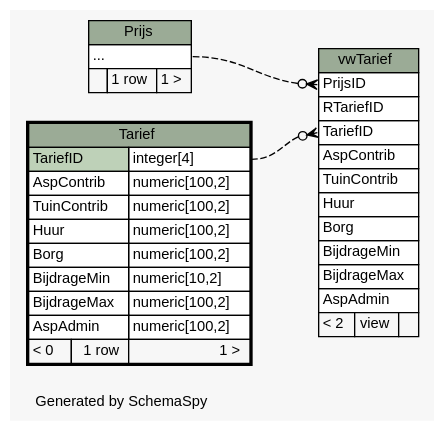
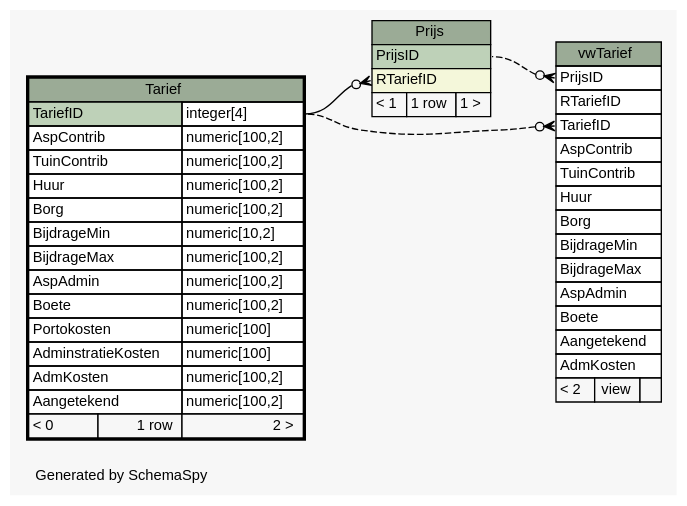
The diagram in db-schema-docs/diagrams/Tarief.implied2degrees.dot (slspeek/ona-volkstuin), drawn with Graphviz before and after one commit. The commit also changed 239 other files, not shown here.

Commit message:
Schema geupdate

```diff
--- a/db-schema-docs/diagrams/Tarief.implied2degrees.dot
+++ b/db-schema-docs/diagrams/Tarief.implied2degrees.dot
@@ -1,70 +1,80 @@
 // dot 2.40.1 on Linux 4.19.0-6-amd64
 // SchemaSpy rev 590
 digraph "impliedTwoDegreesRelationshipsDiagram" {
   graph [
     rankdir="RL"
     bgcolor="#f7f7f7"
     label="\nGenerated by SchemaSpy"
     labeljust="l"
     nodesep="0.18"
     ranksep="0.46"
     fontname="Helvetica"
     fontsize="11"
   ];
   node [
     fontname="Helvetica"
     fontsize="11"
     shape="plaintext"
   ];
   edge [
     arrowsize="0.8"
   ];
-  "vwTarief":"PrijsID":w -> "Prijs":"elipses":e [arrowhead=none dir=back arrowtail=crowodot style=dashed];
+  "Prijs":"RTariefID":w -> "Tarief":"TariefID.type":e [arrowhead=none dir=back arrowtail=crowodot];
+  "vwTarief":"PrijsID":w -> "Prijs":"PrijsID":e [arrowhead=none dir=back arrowtail=crowodot style=dashed];
   "vwTarief":"TariefID":w -> "Tarief":"TariefID.type":e [arrowhead=none dir=back arrowtail=crowodot style=dashed];
   "Prijs" [
     label=<
     <TABLE BORDER="0" CELLBORDER="1" CELLSPACING="0" BGCOLOR="#ffffff">
       <TR><TD COLSPAN="3" BGCOLOR="#9bab96" ALIGN="CENTER">Prijs</TD></TR>
-      <TR><TD PORT="elipses" COLSPAN="3" ALIGN="LEFT">...</TD></TR>
-      <TR><TD ALIGN="LEFT" BGCOLOR="#f7f7f7">  </TD><TD ALIGN="RIGHT" BGCOLOR="#f7f7f7">1 row</TD><TD ALIGN="RIGHT" BGCOLOR="#f7f7f7">1 &gt;</TD></TR>
+      <TR><TD PORT="PrijsID" COLSPAN="3" BGCOLOR="#bed1b8" ALIGN="LEFT">PrijsID</TD></TR>
+      <TR><TD PORT="RTariefID" COLSPAN="3" BGCOLOR="#f4f7da" ALIGN="LEFT">RTariefID</TD></TR>
+      <TR><TD ALIGN="LEFT" BGCOLOR="#f7f7f7">&lt; 1</TD><TD ALIGN="RIGHT" BGCOLOR="#f7f7f7">1 row</TD><TD ALIGN="RIGHT" BGCOLOR="#f7f7f7">1 &gt;</TD></TR>
     </TABLE>>
     URL="Prijs.html"
     tooltip="Prijs"
   ];
   "Tarief" [
     label=<
     <TABLE BORDER="2" CELLBORDER="1" CELLSPACING="0" BGCOLOR="#ffffff">
       <TR><TD COLSPAN="3" BGCOLOR="#9bab96" ALIGN="CENTER">Tarief</TD></TR>
       <TR><TD PORT="TariefID" COLSPAN="2" BGCOLOR="#bed1b8" ALIGN="LEFT">TariefID</TD><TD PORT="TariefID.type" ALIGN="LEFT">integer[4]</TD></TR>
       <TR><TD PORT="AspContrib" COLSPAN="2" ALIGN="LEFT">AspContrib</TD><TD PORT="AspContrib.type" ALIGN="LEFT">numeric[100,2]</TD></TR>
       <TR><TD PORT="TuinContrib" COLSPAN="2" ALIGN="LEFT">TuinContrib</TD><TD PORT="TuinContrib.type" ALIGN="LEFT">numeric[100,2]</TD></TR>
       <TR><TD PORT="Huur" COLSPAN="2" ALIGN="LEFT">Huur</TD><TD PORT="Huur.type" ALIGN="LEFT">numeric[100,2]</TD></TR>
       <TR><TD PORT="Borg" COLSPAN="2" ALIGN="LEFT">Borg</TD><TD PORT="Borg.type" ALIGN="LEFT">numeric[100,2]</TD></TR>
       <TR><TD PORT="BijdrageMin" COLSPAN="2" ALIGN="LEFT">BijdrageMin</TD><TD PORT="BijdrageMin.type" ALIGN="LEFT">numeric[10,2]</TD></TR>
       <TR><TD PORT="BijdrageMax" COLSPAN="2" ALIGN="LEFT">BijdrageMax</TD><TD PORT="BijdrageMax.type" ALIGN="LEFT">numeric[100,2]</TD></TR>
       <TR><TD PORT="AspAdmin" COLSPAN="2" ALIGN="LEFT">AspAdmin</TD><TD PORT="AspAdmin.type" ALIGN="LEFT">numeric[100,2]</TD></TR>
-      <TR><TD ALIGN="LEFT" BGCOLOR="#f7f7f7">&lt; 0</TD><TD ALIGN="RIGHT" BGCOLOR="#f7f7f7">1 row</TD><TD ALIGN="RIGHT" BGCOLOR="#f7f7f7">1 &gt;</TD></TR>
+      <TR><TD PORT="Boete" COLSPAN="2" ALIGN="LEFT">Boete</TD><TD PORT="Boete.type" ALIGN="LEFT">numeric[100,2]</TD></TR>
+      <TR><TD PORT="Portokosten" COLSPAN="2" ALIGN="LEFT">Portokosten</TD><TD PORT="Portokosten.type" ALIGN="LEFT">numeric[100]</TD></TR>
+      <TR><TD PORT="AdminstratieKosten" COLSPAN="2" ALIGN="LEFT">AdminstratieKosten</TD><TD PORT="AdminstratieKosten.type" ALIGN="LEFT">numeric[100]</TD></TR>
+      <TR><TD PORT="AdmKosten" COLSPAN="2" ALIGN="LEFT">AdmKosten</TD><TD PORT="AdmKosten.type" ALIGN="LEFT">numeric[100,2]</TD></TR>
+      <TR><TD PORT="Aangetekend" COLSPAN="2" ALIGN="LEFT">Aangetekend</TD><TD PORT="Aangetekend.type" ALIGN="LEFT">numeric[100,2]</TD></TR>
+      <TR><TD ALIGN="LEFT" BGCOLOR="#f7f7f7">&lt; 0</TD><TD ALIGN="RIGHT" BGCOLOR="#f7f7f7">1 row</TD><TD ALIGN="RIGHT" BGCOLOR="#f7f7f7">2 &gt;</TD></TR>
     </TABLE>>
     URL="Tarief.html"
     tooltip="Tarief"
   ];
   "vwTarief" [
     label=<
     <TABLE BORDER="0" CELLBORDER="1" CELLSPACING="0" BGCOLOR="#ffffff">
       <TR><TD COLSPAN="3" BGCOLOR="#9bab96" ALIGN="CENTER">vwTarief</TD></TR>
       <TR><TD PORT="PrijsID" COLSPAN="3" ALIGN="LEFT">PrijsID</TD></TR>
       <TR><TD PORT="RTariefID" COLSPAN="3" ALIGN="LEFT">RTariefID</TD></TR>
       <TR><TD PORT="TariefID" COLSPAN="3" ALIGN="LEFT">TariefID</TD></TR>
       <TR><TD PORT="AspContrib" COLSPAN="3" ALIGN="LEFT">AspContrib</TD></TR>
       <TR><TD PORT="TuinContrib" COLSPAN="3" ALIGN="LEFT">TuinContrib</TD></TR>
       <TR><TD PORT="Huur" COLSPAN="3" ALIGN="LEFT">Huur</TD></TR>
       <TR><TD PORT="Borg" COLSPAN="3" ALIGN="LEFT">Borg</TD></TR>
       <TR><TD PORT="BijdrageMin" COLSPAN="3" ALIGN="LEFT">BijdrageMin</TD></TR>
       <TR><TD PORT="BijdrageMax" COLSPAN="3" ALIGN="LEFT">BijdrageMax</TD></TR>
       <TR><TD PORT="AspAdmin" COLSPAN="3" ALIGN="LEFT">AspAdmin</TD></TR>
+      <TR><TD PORT="Boete" COLSPAN="3" ALIGN="LEFT">Boete</TD></TR>
+      <TR><TD PORT="Aangetekend" COLSPAN="3" ALIGN="LEFT">Aangetekend</TD></TR>
+      <TR><TD PORT="AdmKosten" COLSPAN="3" ALIGN="LEFT">AdmKosten</TD></TR>
       <TR><TD ALIGN="LEFT" BGCOLOR="#f7f7f7">&lt; 2</TD><TD ALIGN="RIGHT" BGCOLOR="#f7f7f7">view</TD><TD ALIGN="RIGHT" BGCOLOR="#f7f7f7">  </TD></TR>
     </TABLE>>
     URL="vwTarief.html"
     tooltip="vwTarief"
   ];
 }
```
